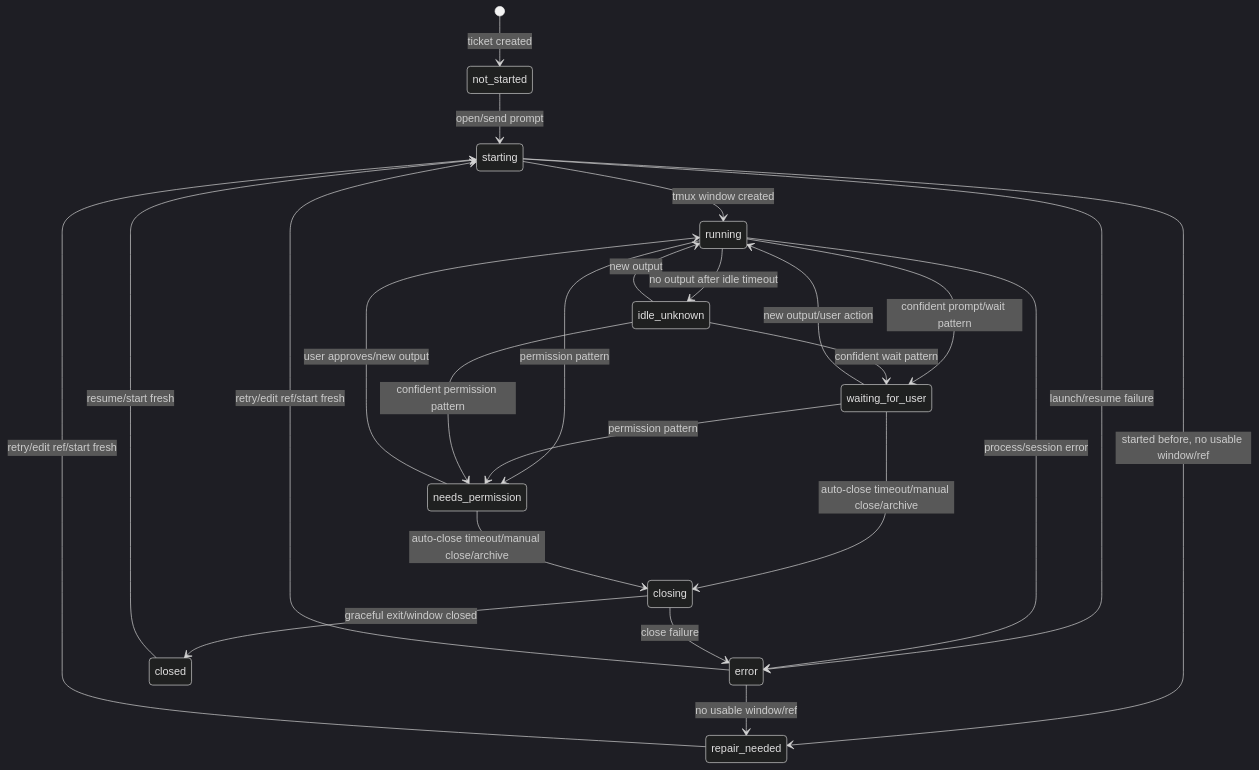
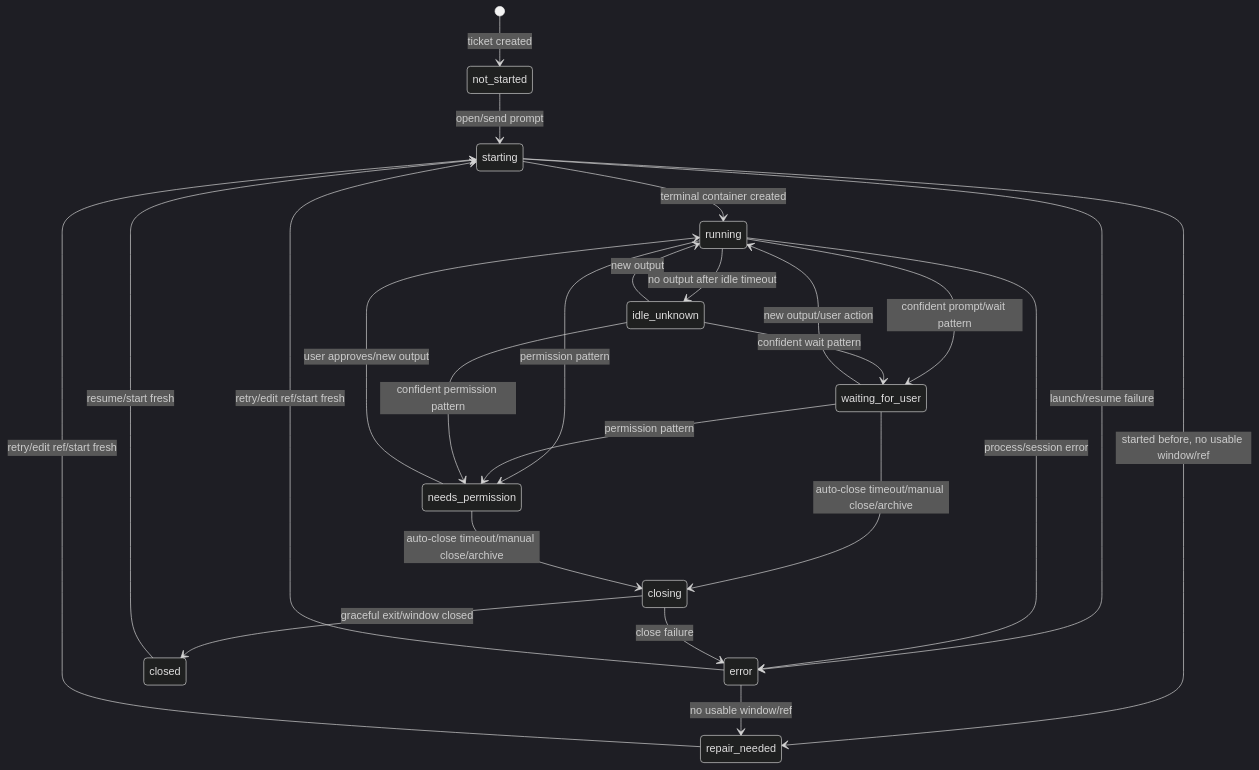
The first of 6 diagrams in docs/state-management.md (carlotran4/kanbi), drawn with Mermaid (dark theme) before and after one commit. The commit also changed other lines of this file and 12 other files, not shown here.

````diff
--- a/docs/state-management.md
+++ b/docs/state-management.md
@@ -7,31 +7,31 @@
 ```mermaid
 stateDiagram-v2
     [*] --> not_started: ticket created
     not_started --> starting: open/send prompt
-    starting --> running: tmux window created
+    starting --> running: terminal container created
     starting --> error: launch/resume failure
     starting --> repair_needed: started before, no usable window/ref
 
     running --> waiting_for_user: confident prompt/wait pattern
     running --> needs_permission: permission pattern
     running --> idle_unknown: no output after idle timeout
     running --> error: process/session error
 
     waiting_for_user --> running: new output/user action
     waiting_for_user --> needs_permission: permission pattern
     waiting_for_user --> closing: auto-close timeout/manual close/archive
 
     needs_permission --> running: user approves/new output
     needs_permission --> closing: auto-close timeout/manual close/archive
 
     idle_unknown --> running: new output
     idle_unknown --> waiting_for_user: confident wait pattern
     idle_unknown --> needs_permission: confident permission pattern
 
     closing --> closed: graceful exit/window closed
     closing --> error: close failure
     closed --> starting: resume/start fresh
     error --> repair_needed: no usable window/ref
     error --> starting: retry/edit ref/start fresh
     repair_needed --> starting: retry/edit ref/start fresh
 ```
````
